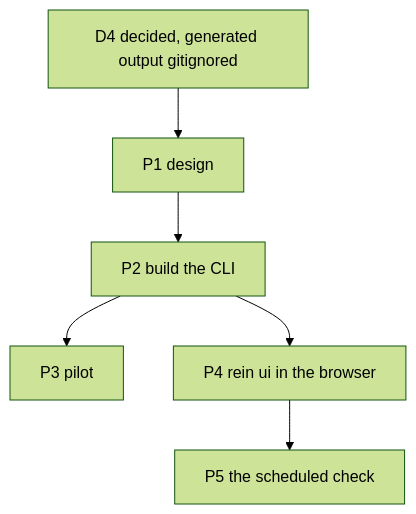
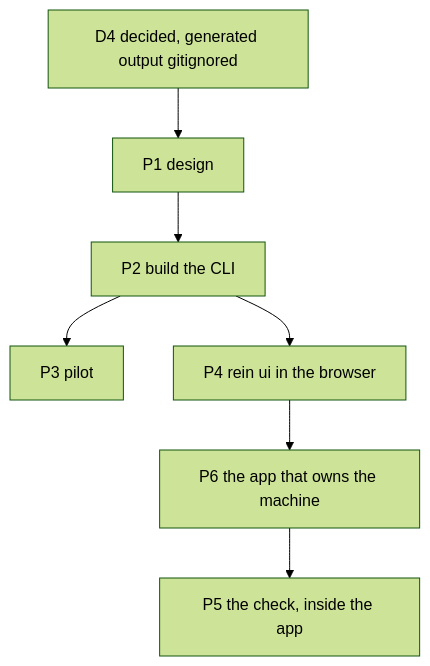
One commit to Danidani23/agents-rein changed the first of 4 diagrams in docs/implementation_plans/2026-10-11_harness-distribution-tool.md. Above: the diagram before and after it, drawn with Mermaid (forest theme). The commit also changed other lines of this file and 5 other files, not shown here.

First line of the commit message:
docs: P4.3 done and the app that owns the machine planned, D50 to D54

````diff
--- a/docs/implementation_plans/2026-10-11_harness-distribution-tool.md
+++ b/docs/implementation_plans/2026-10-11_harness-distribution-tool.md
@@ -1002,8 +1056,9 @@
 ```mermaid
 flowchart TD
   D4[D4 decided, generated output gitignored] --> P1[P1 design]
   P1 --> P2[P2 build the CLI]
   P2 --> P3[P3 pilot]
   P2 --> P4[P4 rein ui in the browser]
-  P4 --> P5[P5 the scheduled check]
+  P4 --> P6[P6 the app that owns the machine]
+  P6 --> P5[P5 the check, inside the app]
 ```
````
